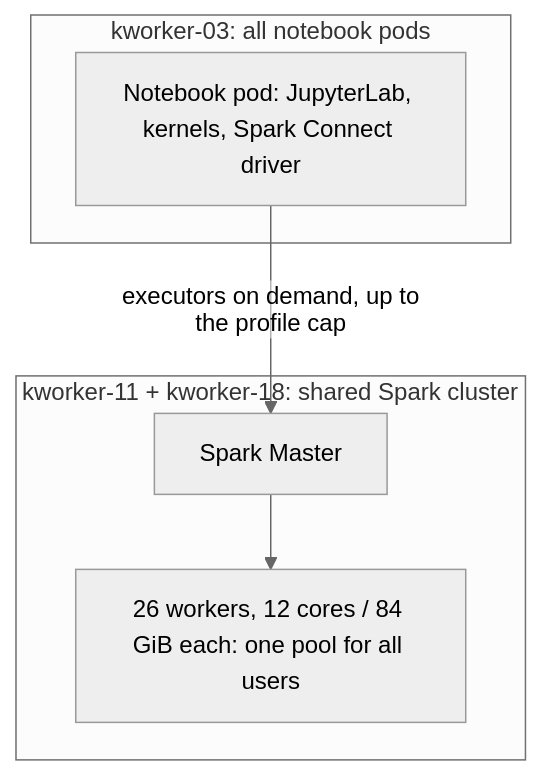
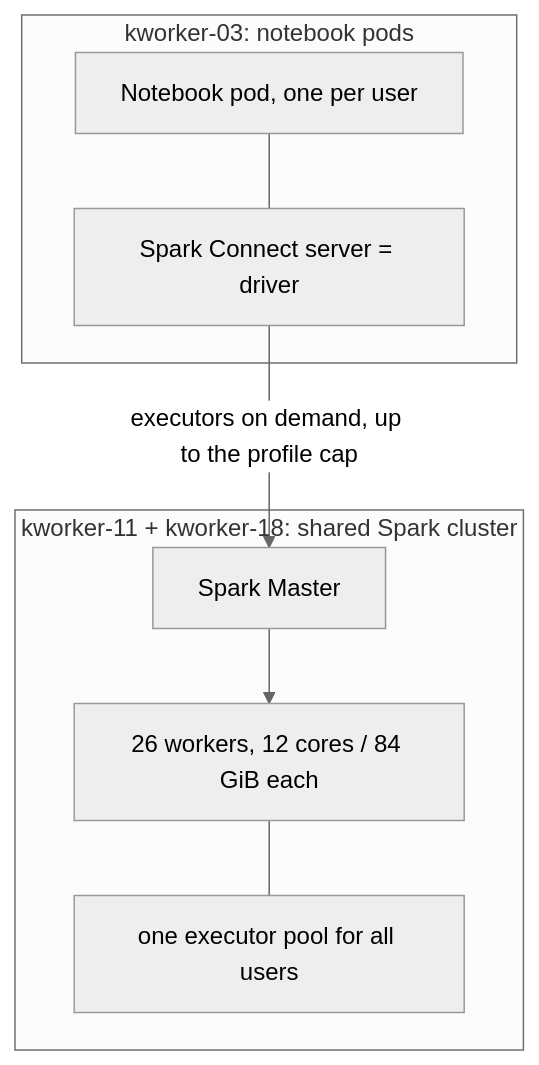
One commit to KBaseDataLakehouse/berdl_docs changed the diagram in infrastructure/cpu_ram_capacity_analysis.md. Above: the diagram before and after it, drawn with Mermaid (neutral theme). The commit also changed other lines of this file, not shown here.

Commit message:
Redraw the workload diagram in the repo's Mermaid style and link the profile definitions

````diff
--- a/infrastructure/cpu_ram_capacity_analysis.md
+++ b/infrastructure/cpu_ram_capacity_analysis.md
@@ -29,13 +29,16 @@
 ```mermaid
-%%{init: {"flowchart": {"htmlLabels": false, "nodeSpacing": 40, "rankSpacing": 50}}}%%
-flowchart TB
-    subgraph nb["kworker-03: all notebook pods"]
-        pod["Notebook pod: JupyterLab, kernels, Spark Connect driver"]
+graph TD
+    subgraph NotebookNode ["kworker-03: notebook pods"]
+        Pod[Notebook pod, one per user]
+        Driver[Spark Connect server = driver]
+        Pod --- Driver
     end
-    subgraph sc["kworker-11 + kworker-18: shared Spark cluster"]
-        master["Spark Master"]
-        workers["26 workers, 12 cores / 84 GiB each: one pool for all users"]
-        master --> workers
+    subgraph SharedCluster ["kworker-11 + kworker-18: shared Spark cluster"]
+        Master[Spark Master]
+        Workers[26 workers, 12 cores / 84 GiB each]
+        Pool[one executor pool for all users]
+        Master --> Workers
+        Workers --- Pool
     end
-    pod -- "executors on demand, up to the profile cap" --> master
+    Driver -->|executors on demand, up to the profile cap| Master
 ```
````
